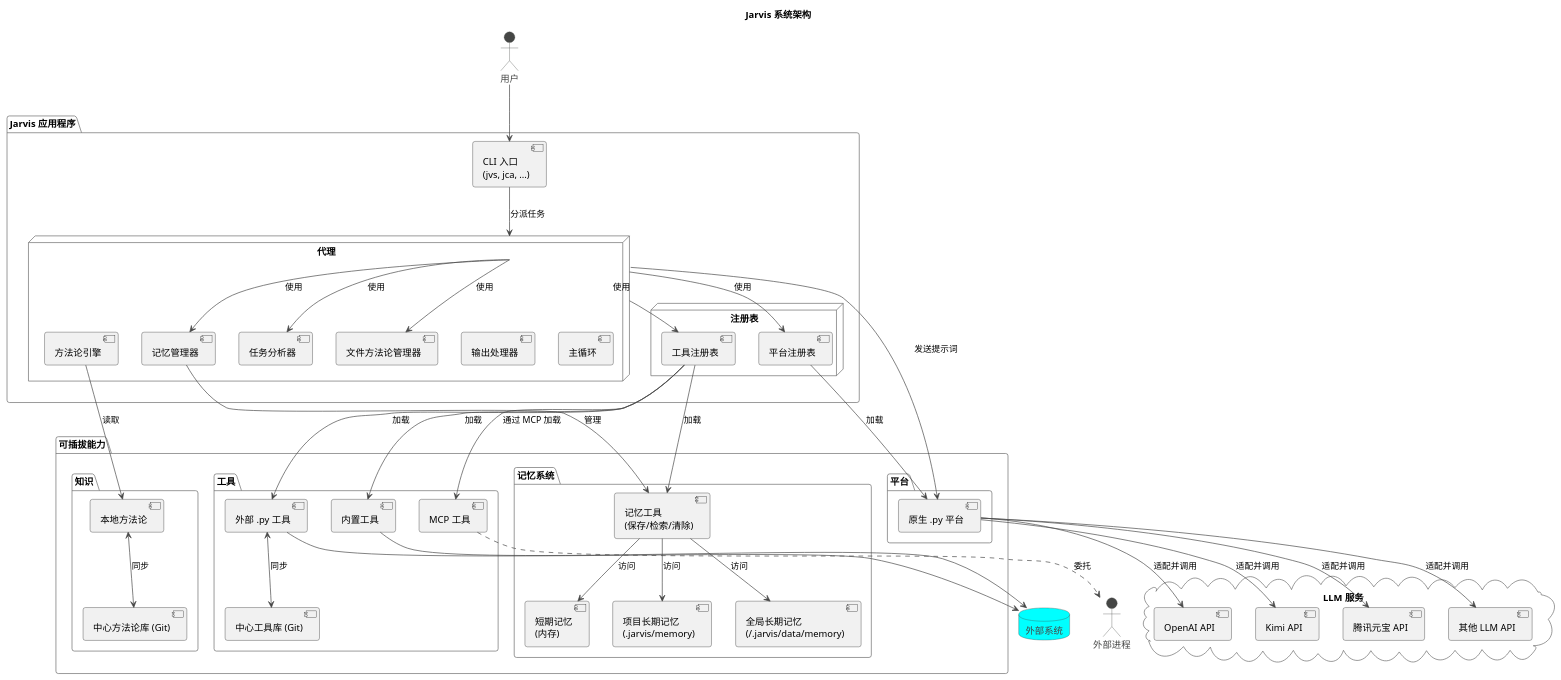
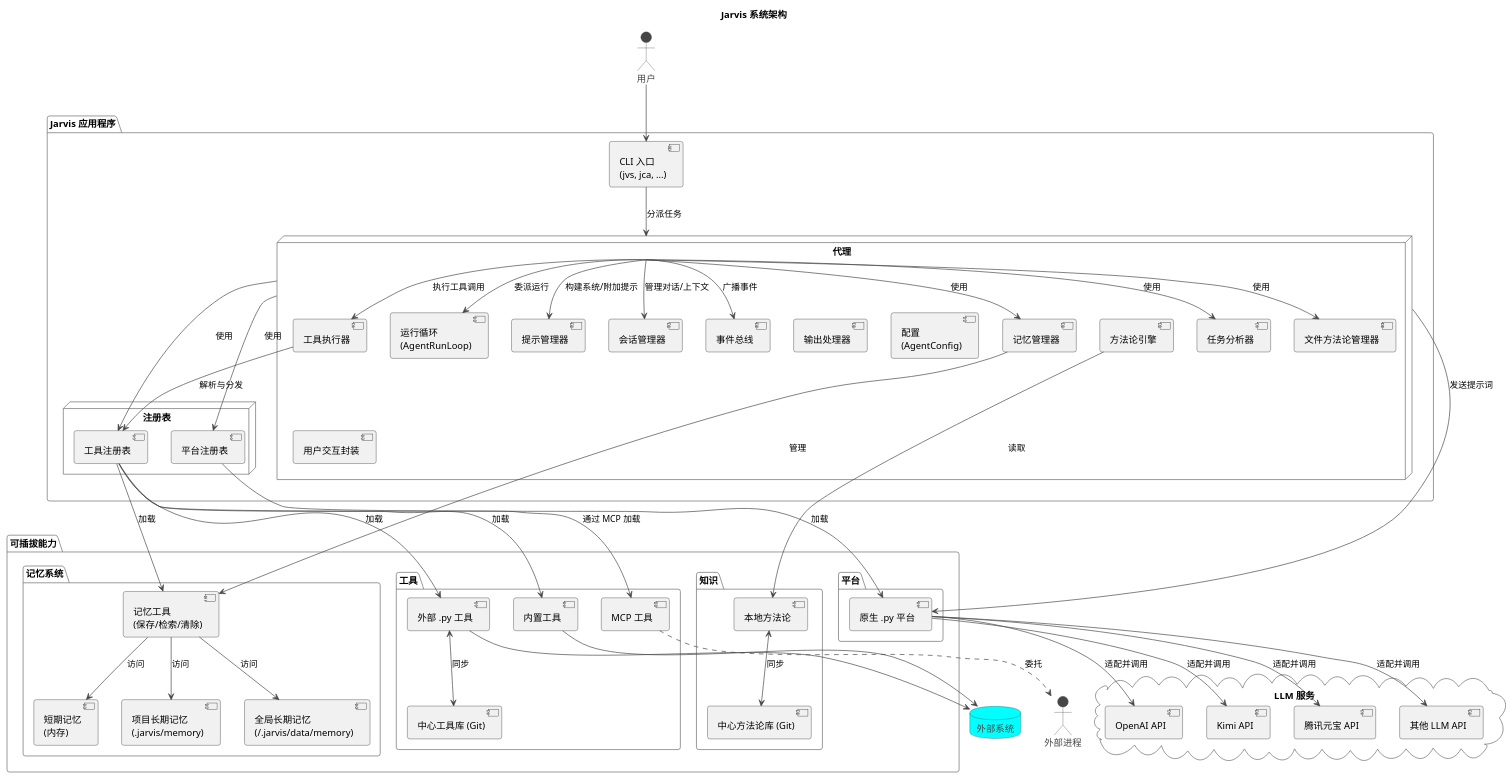
Before and after one commit to skyfireitdiy/Jarvis: the first of 3 diagrams in docs/jarvis_book/3.核心概念与架构.md, drawn with PlantUML. The commit also changed other lines of this file, not shown here.

```diff
--- a/docs/jarvis_book/3.核心概念与架构.md
+++ b/docs/jarvis_book/3.核心概念与架构.md
@@ -78,8 +80,14 @@
     [CLI 入口\n(jvs, jca, ...)] as CLI
 
     node "代理" {
-        [主循环]
+        [运行循环\n(AgentRunLoop)]
         [输出处理器]
+        [提示管理器]
+        [会话管理器]
+        [事件总线]
+        [工具执行器]
+        [配置\n(AgentConfig)]
+        [用户交互封装]
         [方法论引擎]
         [记忆管理器]
         [任务分析器]
@@ -127,6 +135,12 @@
 
 代理 --> 工具注册表 : 使用
 代理 --> 平台注册表 : 使用
+代理 --> [运行循环\n(AgentRunLoop)] : 委派运行
+代理 --> [提示管理器] : 构建系统/附加提示
+代理 --> [会话管理器] : 管理对话/上下文
+代理 --> [事件总线] : 广播事件
+代理 --> [工具执行器] : 执行工具调用
+[工具执行器] --> 工具注册表 : 解析与分发
 
 工具注册表 --> [内置工具] : 加载
 工具注册表 --> [外部 .py 工具] : 加载
```
